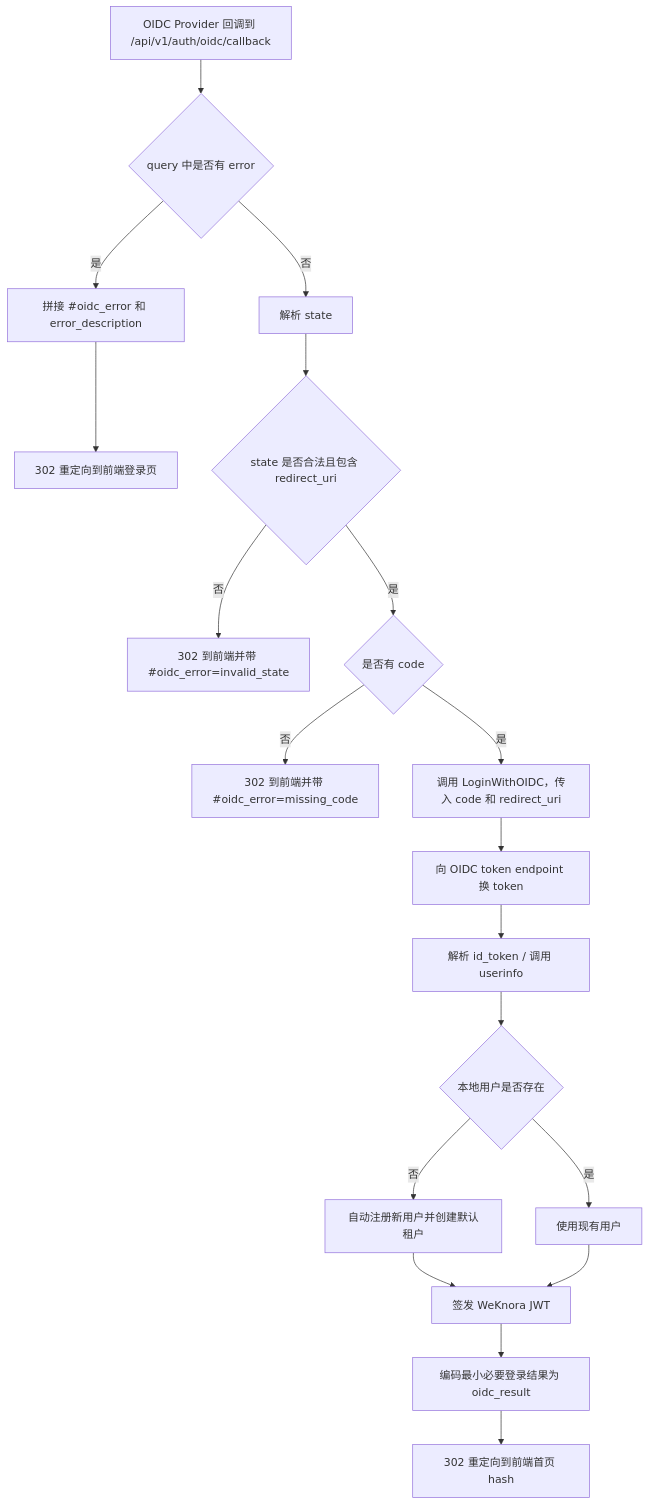
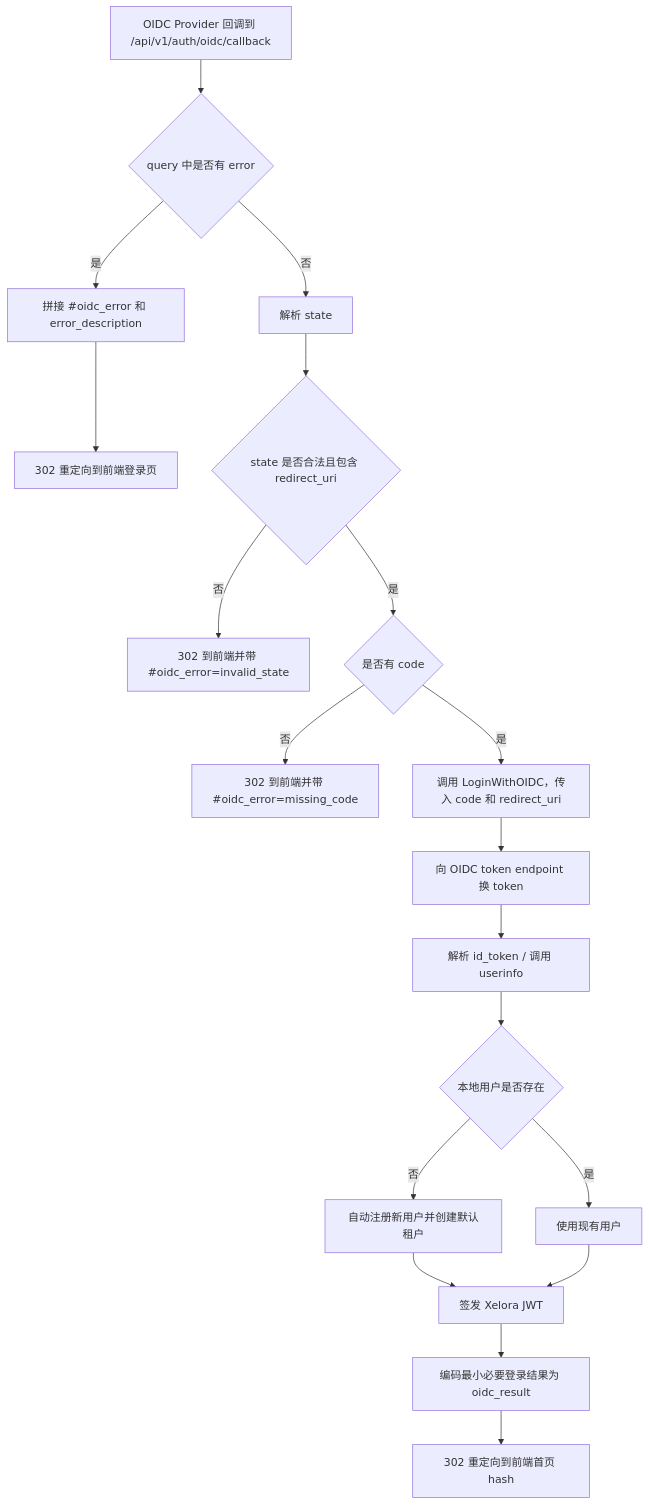
The second of 2 diagrams in docs/OIDC认证调用流程.md (Nevermore222/WeKnora), drawn with Mermaid before and after one commit. The commit also changed other lines of this file and 1259 other files, not shown here.

Commit message:
rebrand project from WeKnora to Xelora

````diff
--- a/docs/OIDC认证调用流程.md
+++ b/docs/OIDC认证调用流程.md
@@ -104,24 +104,24 @@
 ```mermaid
 flowchart TD
     A[OIDC Provider 回调到 /api/v1/auth/oidc/callback] --> B{query 中是否有 error}
     B -- 是 --> C[拼接 #oidc_error 和 error_description]
     C --> D[302 重定向到前端登录页]
 
     B -- 否 --> E[解析 state]
     E --> F{state 是否合法且包含 redirect_uri}
     F -- 否 --> G[302 到前端并带 #oidc_error=invalid_state]
 
     F -- 是 --> H{是否有 code}
     H -- 否 --> I[302 到前端并带 #oidc_error=missing_code]
 
     H -- 是 --> J[调用 LoginWithOIDC，传入 code 和 redirect_uri]
     J --> K[向 OIDC token endpoint 换 token]
     K --> L[解析 id_token / 调用 userinfo]
     L --> M{本地用户是否存在}
     M -- 否 --> N[自动注册新用户并创建默认租户]
     M -- 是 --> O[使用现有用户]
-    N --> P[签发 WeKnora JWT]
+    N --> P[签发 Xelora JWT]
     O --> P
     P --> Q[编码最小必要登录结果为 oidc_result]
     Q --> R[302 重定向到前端首页 hash]
 ```
````
